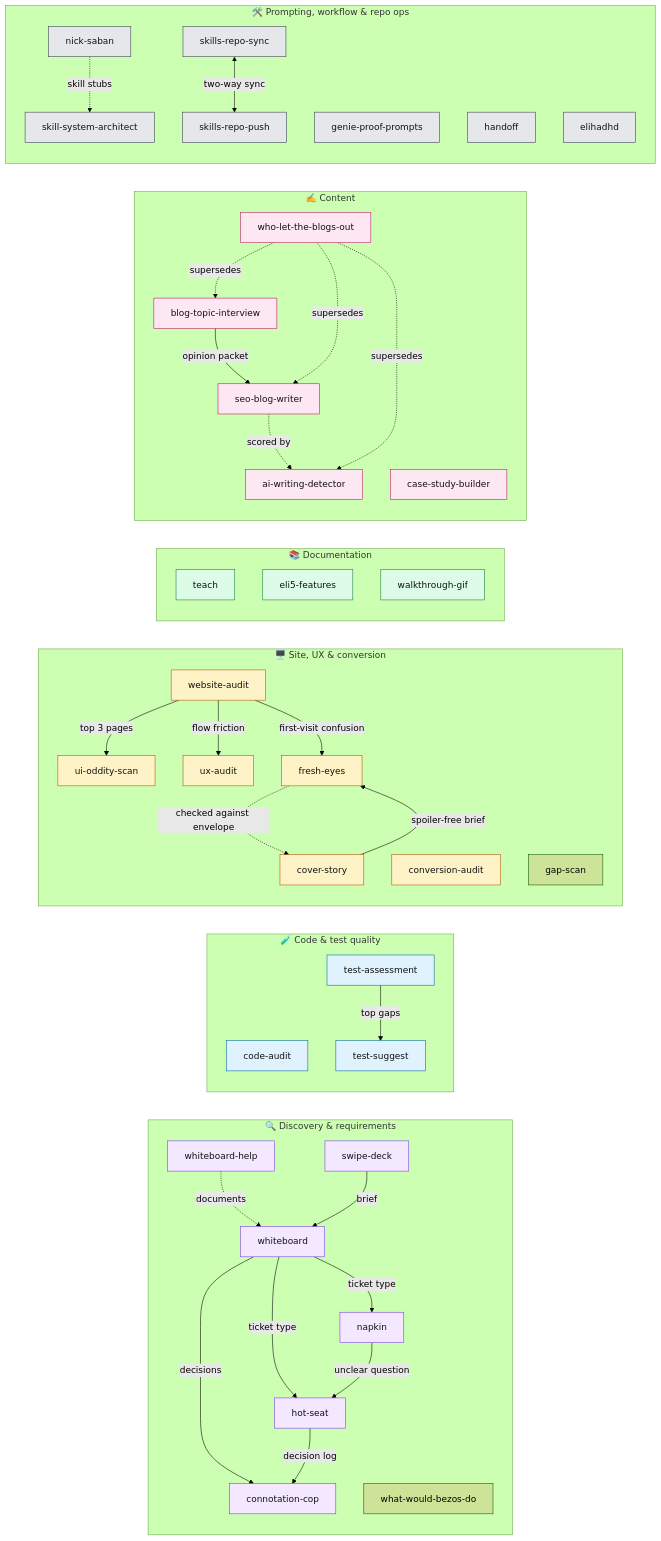
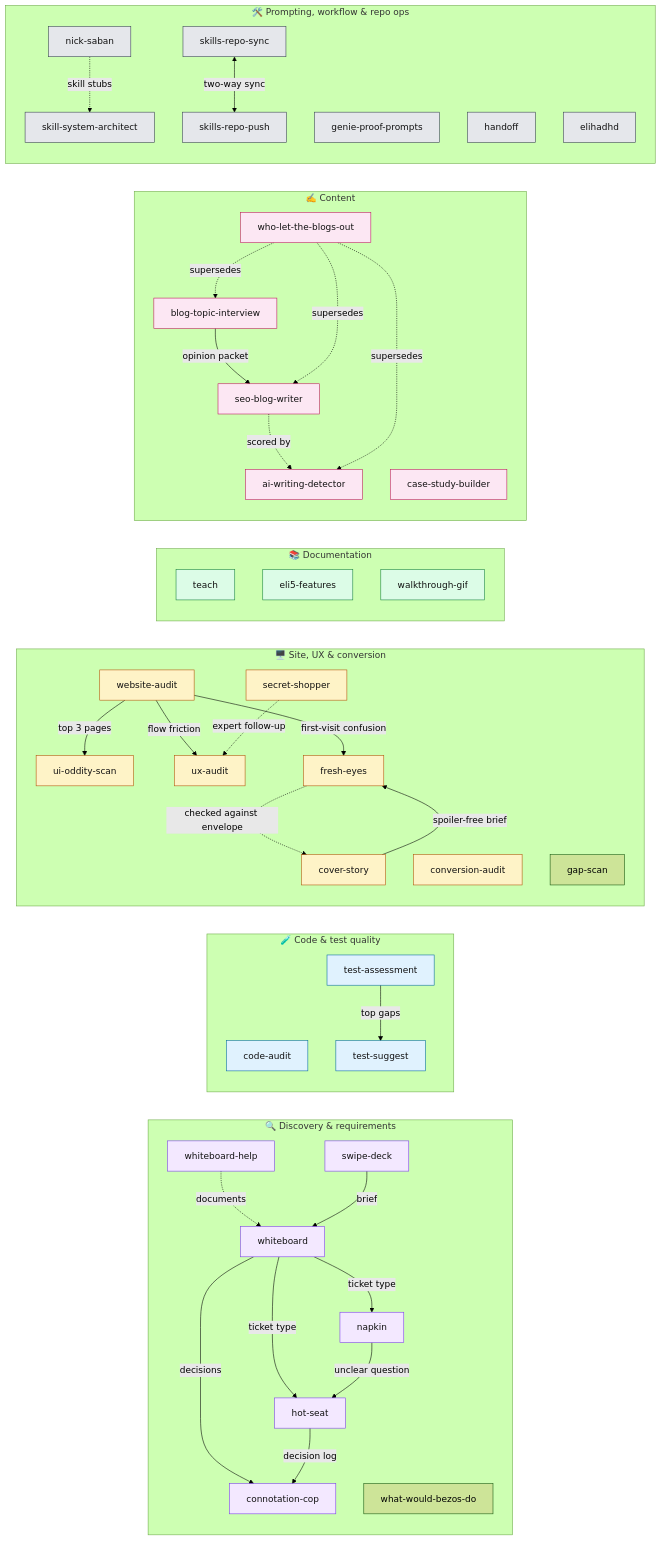
One commit to Theycallmeholla/skills changed the diagram in README.md. Above: the diagram before and after it, drawn with Mermaid (forest theme). The commit also changed other lines of this file and 3 other files, not shown here.

Commit message:
Add secret-shopper: regular-customer usability test in a real browser

```diff
--- a/README.md
+++ b/README.md
@@ -71,6 +71,7 @@
         GS[gap-scan]
         FE[fresh-eyes]
         CS[cover-story]
+        SS[secret-shopper]
     end
 
     subgraph DOC["📚 Documentation"]
@@ -112,6 +113,7 @@
     WA -->|first-visit confusion| FE
     CS -->|spoiler-free brief| FE
     FE -.checked against envelope.-> CS
+    SS -.expert follow-up.-> UX1
 
     BTI -->|opinion packet| SEO
     SEO -.scored by.-> AID
@@ -130,7 +132,7 @@
     classDef meta fill:#e5e7eb,stroke:#374151,color:#111
     class SW,HS,NK,CC,WB,WBH disc
     class CA,TA,TS code
-    class WA,UX1,UO,CV,FE,CS ux
+    class WA,UX1,UO,CV,FE,CS,SS ux
     class TE,EL,WG doc
     class WLT,BTI,SEO,AID,CSB cont
     class NS,SSA,GPP,HO,EA,SRS,SRP meta
```
